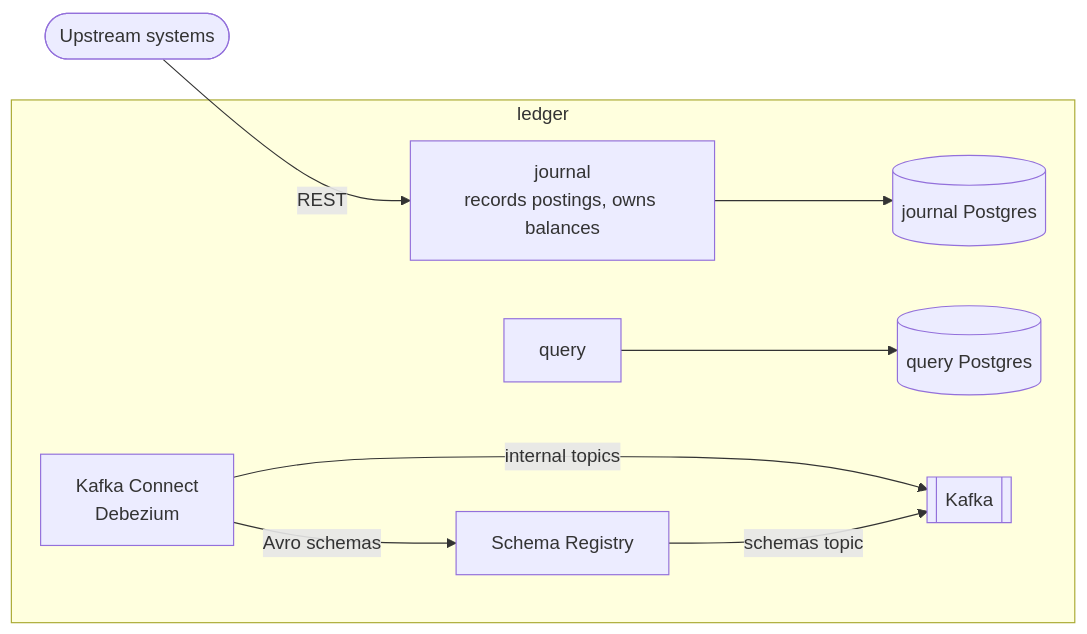
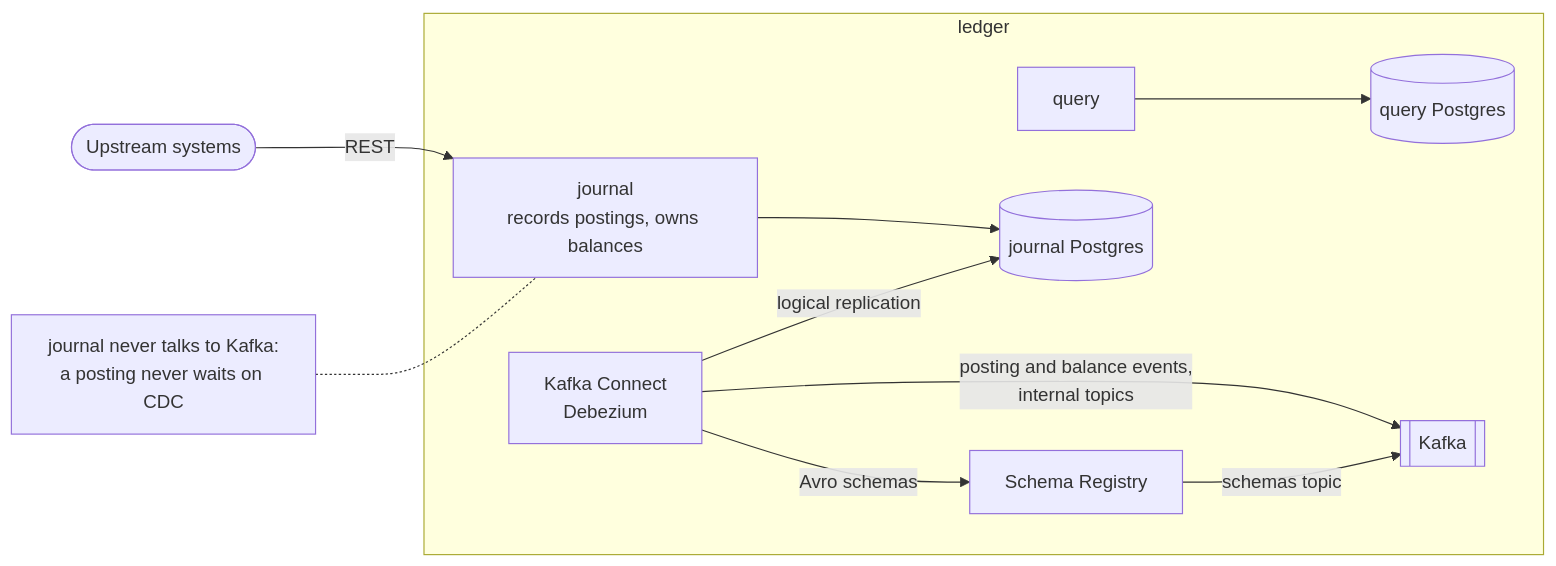
The diagram in docs/architecture/containers.md (apulbere/ledger), drawn with Mermaid before and after one commit. The commit also changed other lines of this file and 19 other files, not shown here.

First line of the commit message:
Stream journal postings and balances to Kafka with Debezium

````diff
--- a/docs/architecture/containers.md
+++ b/docs/architecture/containers.md
@@ -5,19 +5,22 @@
 ```mermaid
 flowchart LR
     upstream([Upstream systems])
     subgraph ledger
         journal[journal<br/>records postings, owns balances]
         query[query]
         journaldb[(journal Postgres)]
         querydb[(query Postgres)]
         connect[Kafka Connect<br/>Debezium]
         kafka[[Kafka]]
         registry[Schema Registry]
     end
     upstream -- "REST" --> journal
     journal --> journaldb
     query --> querydb
-    connect -- "internal topics" --> kafka
+    connect -- "logical replication" --> journaldb
+    connect -- "posting and balance events,<br/>internal topics" --> kafka
     connect -- "Avro schemas" --> registry
     registry -- "schemas topic" --> kafka
+    note["journal never talks to Kafka:<br/>a posting never waits on CDC"]
+    note -.- journal
 ```
````
